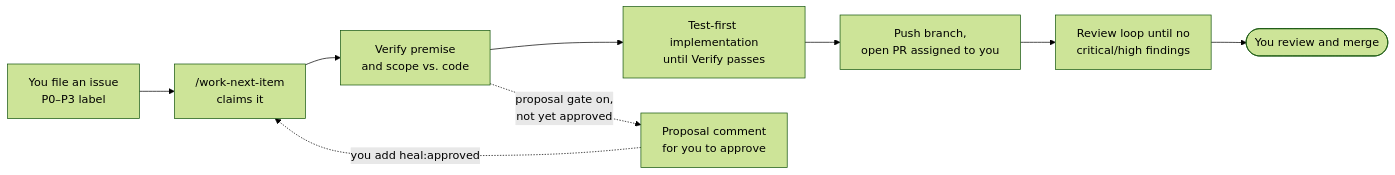
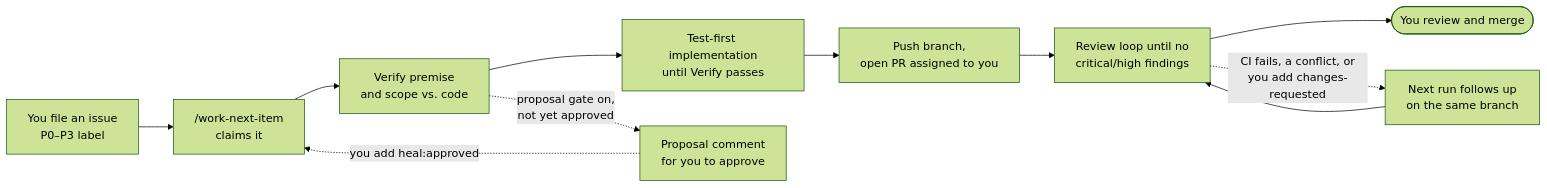
One commit to highhair20/backlog-loop changed the diagram in README.md. Above: the diagram before and after it, drawn with Mermaid (forest theme). The commit also changed other lines of this file and 7 other files, not shown here.

````diff
--- a/README.md
+++ b/README.md
@@ -39,11 +39,13 @@
 ```mermaid
 flowchart LR
   A[You file an issue<br/>P0–P3 label] --> B["/work-next-item<br/>claims it"]
   B --> C[Verify premise<br/>and scope vs. code]
   C --> D[Test-first implementation<br/>until Verify passes]
   C -. proposal gate on,<br/>not yet approved .-> P[Proposal comment<br/>for you to approve]
   P -. you add heal:approved .-> B
   D --> E[Push branch,<br/>open PR assigned to you]
   E --> F[Review loop until no<br/>critical/high findings]
   F --> G([You review and merge])
+  F -. CI fails, a conflict, or<br/>you add changes-requested .-> H[Next run follows up<br/>on the same branch]
+  H --> F
 ```
````
